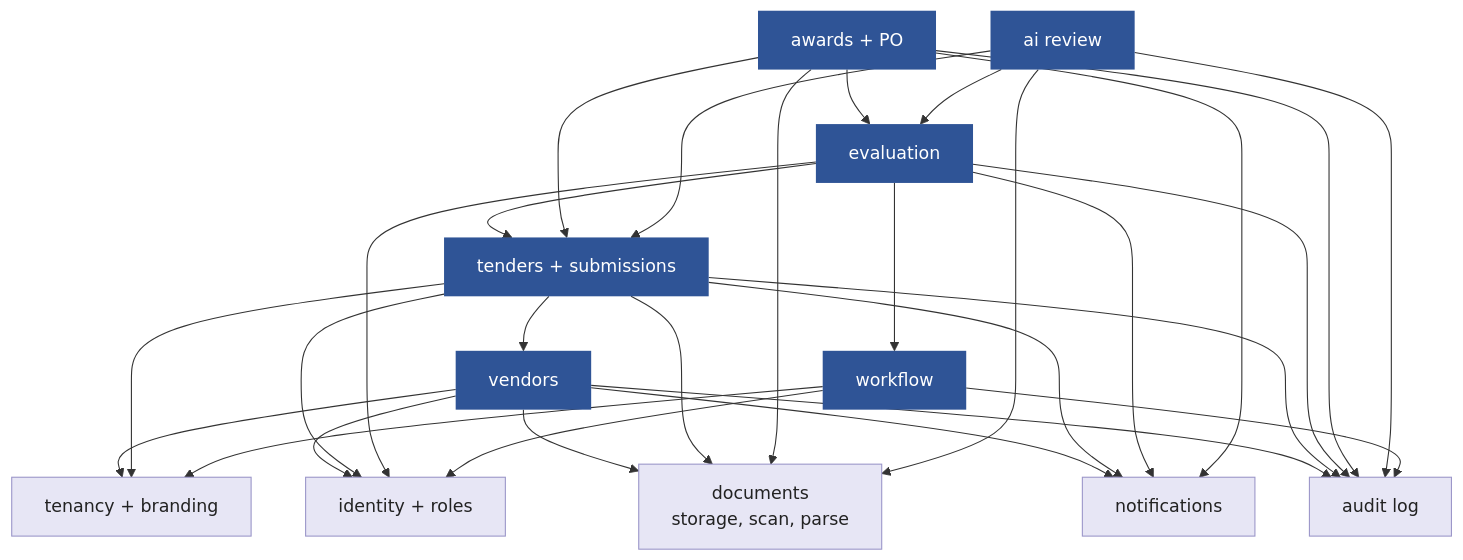
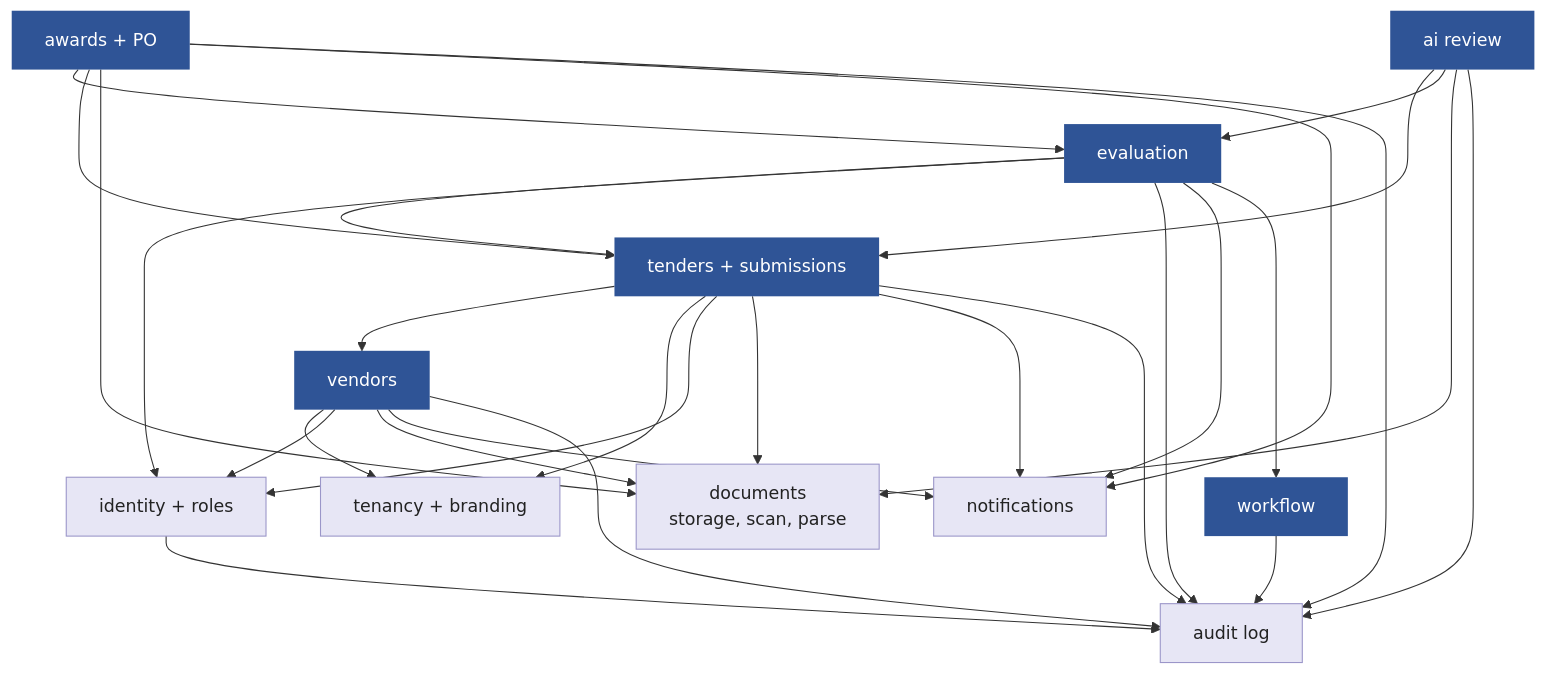
The ninth of 13 diagrams in docs/03-diagrams.md (AhmedAssaf/ERP), drawn with Mermaid before and after one commit. The commit also changed 7 other files, not shown here.

````diff
--- a/docs/03-diagrams.md
+++ b/docs/03-diagrams.md
@@ -368,26 +368,27 @@
 ```mermaid
 flowchart TB
     classDef core fill:#2F5496,color:#fff,stroke:none
     classDef shared fill:#E7E6F5,color:#222,stroke:#9B96C9
 
     TEN[tenancy + branding]:::shared
     IDN[identity + roles]:::shared
     DOC[documents<br/>storage, scan, parse]:::shared
     NOT[notifications]:::shared
     AUD[audit log]:::shared
 
     VEN[vendors]:::core
     TDR[tenders + submissions]:::core
     EVA[evaluation]:::core
     AWD[awards + PO]:::core
     AI[ai review]:::core
     WF[workflow]:::core
 
     VEN --> TEN & IDN & DOC & NOT & AUD
     TDR --> VEN & TEN & IDN & DOC & NOT & AUD
     EVA --> TDR & IDN & AUD & NOT
     EVA --> WF
     AWD --> EVA & TDR & DOC & NOT & AUD
     AI --> TDR & EVA & DOC & AUD
-    WF --> TEN & IDN & AUD
+    WF --> AUD
+    IDN --> AUD
 ```
````
